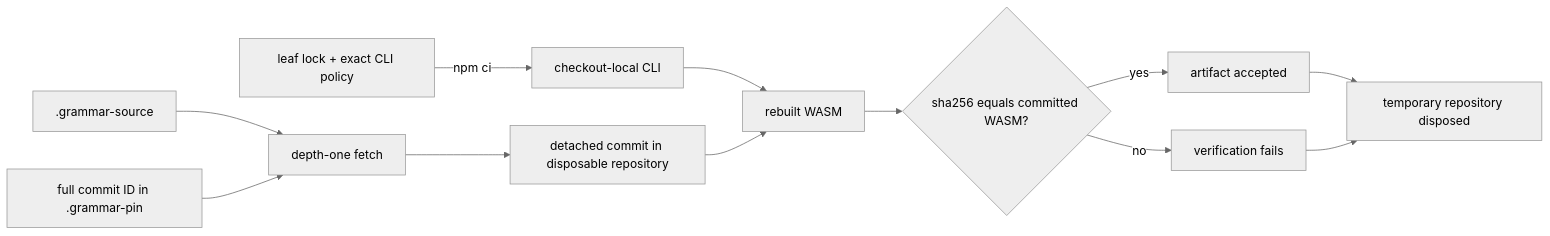
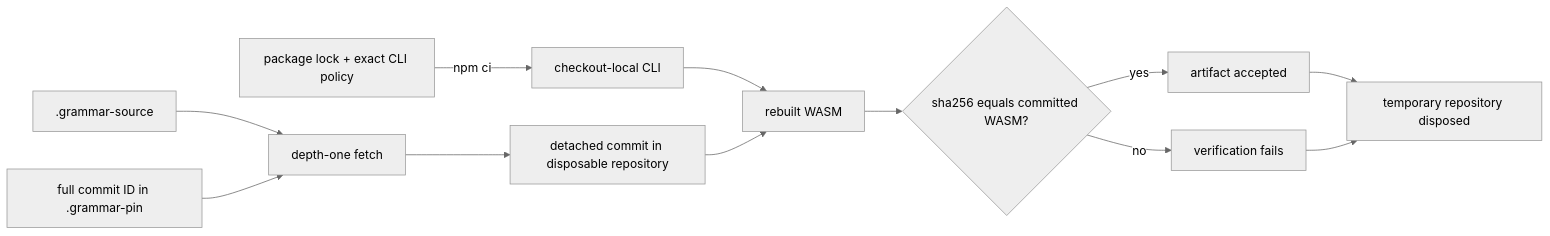
The fourth of 4 diagrams in plurnk-mimetypes/SPEC.md (plurnk/plurnk-service), drawn with Mermaid (neutral theme) before and after one commit. The commit also changed other lines of this file and 93 other files, not shown here.

````diff
--- a/plurnk-mimetypes/SPEC.md
+++ b/plurnk-mimetypes/SPEC.md
@@ -946,14 +946,14 @@
 ```mermaid
 flowchart LR
-    L[leaf lock + exact CLI policy] -->|npm ci| C[checkout-local CLI]
+    L[package lock + exact CLI policy] -->|npm ci| C[checkout-local CLI]
     S[.grammar-source] --> Q[depth-one fetch]
     P[full commit ID in .grammar-pin] --> Q
     Q --> U[detached commit in disposable repository]
     C --> W[rebuilt WASM]
     U --> W
     W --> H{sha256 equals committed WASM?}
     H -->|yes| A[artifact accepted]
     H -->|no| E[verification fails]
     A --> D[temporary repository disposed]
     E --> D
 ```
````
